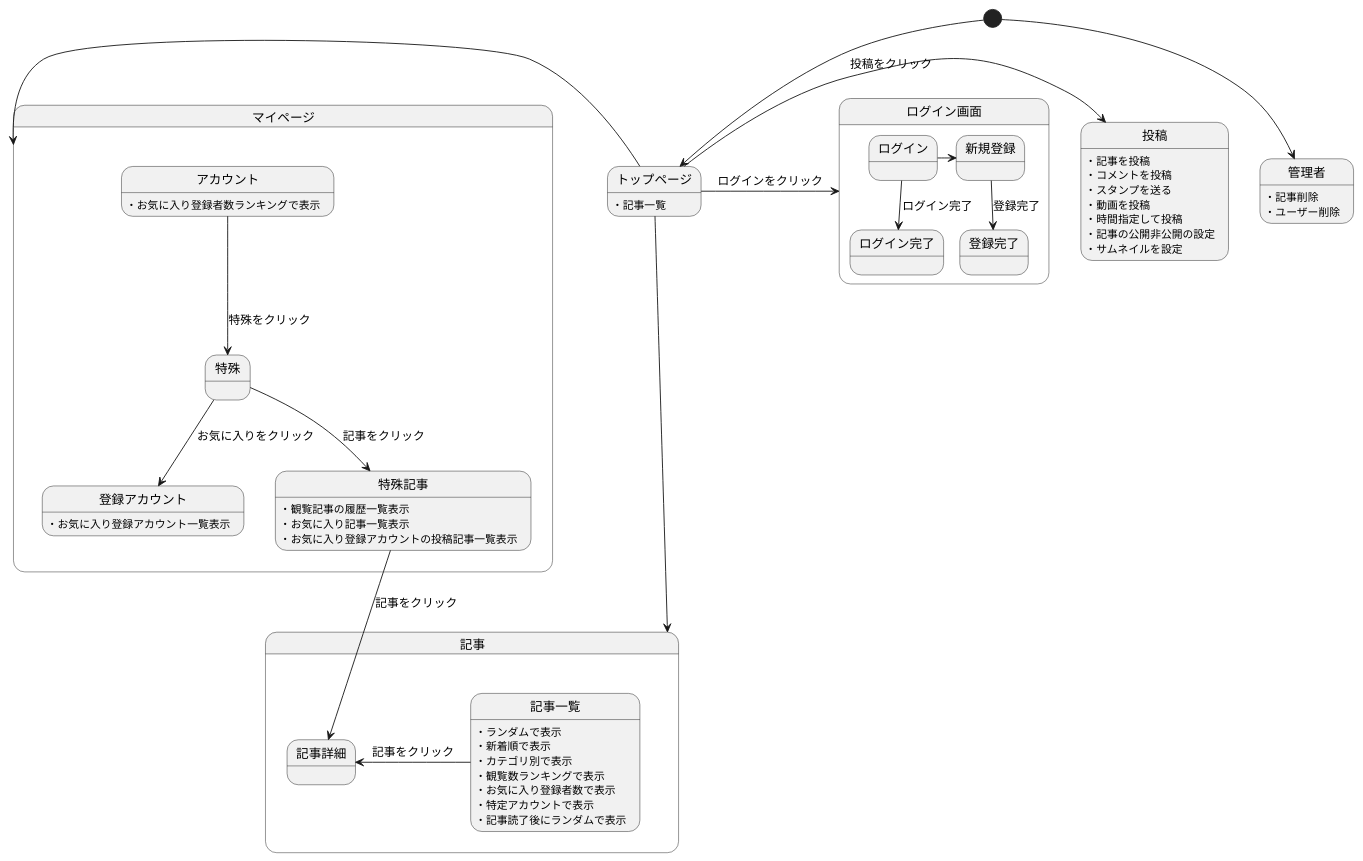
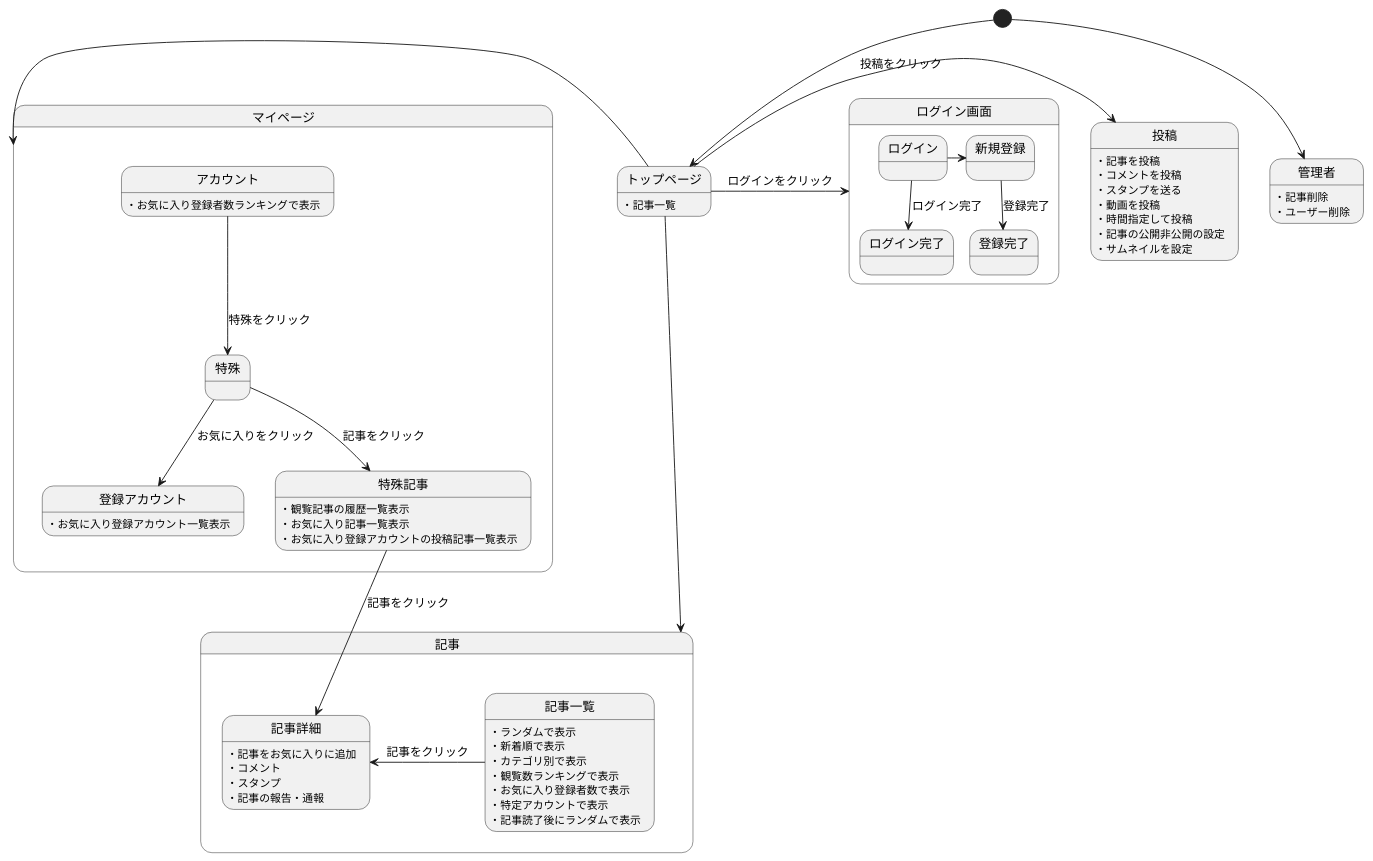
Before and after one commit to Aso2001001/2022System: the diagram in 後期画面遷移.md, drawn with PlantUML.

````diff
--- a/後期画面遷移.md
+++ b/後期画面遷移.md
@@ -1,65 +1,71 @@
 ```uml
 @startuml
 [*] --> トップページ
 
 
 トップページ -down-> 記事
 トップページ -left-> マイページ
 トップページ -> 投稿 : 投稿をクリック
 トップページ:・記事一覧
 投稿:・記事を投稿
 投稿:・コメントを投稿
 投稿:・スタンプを送る
 投稿:・動画を投稿
 投稿:・時間指定して投稿
 投稿:・記事の公開非公開の設定
 投稿:・サムネイルを設定
 
 トップページ -> ログイン画面 : ログインをクリック
 
 
 state ログイン画面{
 ログイン -> 新規登録
 ログイン -down-> ログイン完了 : ログイン完了
 新規登録 -down-> 登録完了 : 登録完了
 }
 
 
 state 記事{
 記事一覧 -left-> 記事詳細 : 記事をクリック
 
 
 記事一覧:・ランダムで表示
 記事一覧:・新着順で表示
 記事一覧:・カテゴリ別で表示
 記事一覧:・観覧数ランキングで表示
 記事一覧:・お気に入り登録者数で表示
 記事一覧:・特定アカウントで表示
 記事一覧:・記事読了後にランダムで表示
 
+記事詳細:・記事をお気に入りに追加
+記事詳細:・コメント
+記事詳細:・スタンプ
+記事詳細:・記事の報告・通報
+
+
 }
 
 state マイページ{
 
 アカウント -down-> 特殊 : 特殊をクリック
 特殊 -down-> 登録アカウント :お気に入りをクリック
 特殊 -down-> 特殊記事 :記事をクリック
 特殊記事 -down-> 記事詳細 :記事をクリック
 
 アカウント:・お気に入り登録者数ランキングで表示
 
 特殊記事:・観覧記事の履歴一覧表示
 特殊記事:・お気に入り記事一覧表示
 登録アカウント:・お気に入り登録アカウント一覧表示
 特殊記事:・お気に入り登録アカウントの投稿記事一覧表示
 
 }
 
 
 [*] --> 管理者
 管理者:・記事削除
 管理者:・ユーザー削除
 
 
 @enduml
 ```
````
